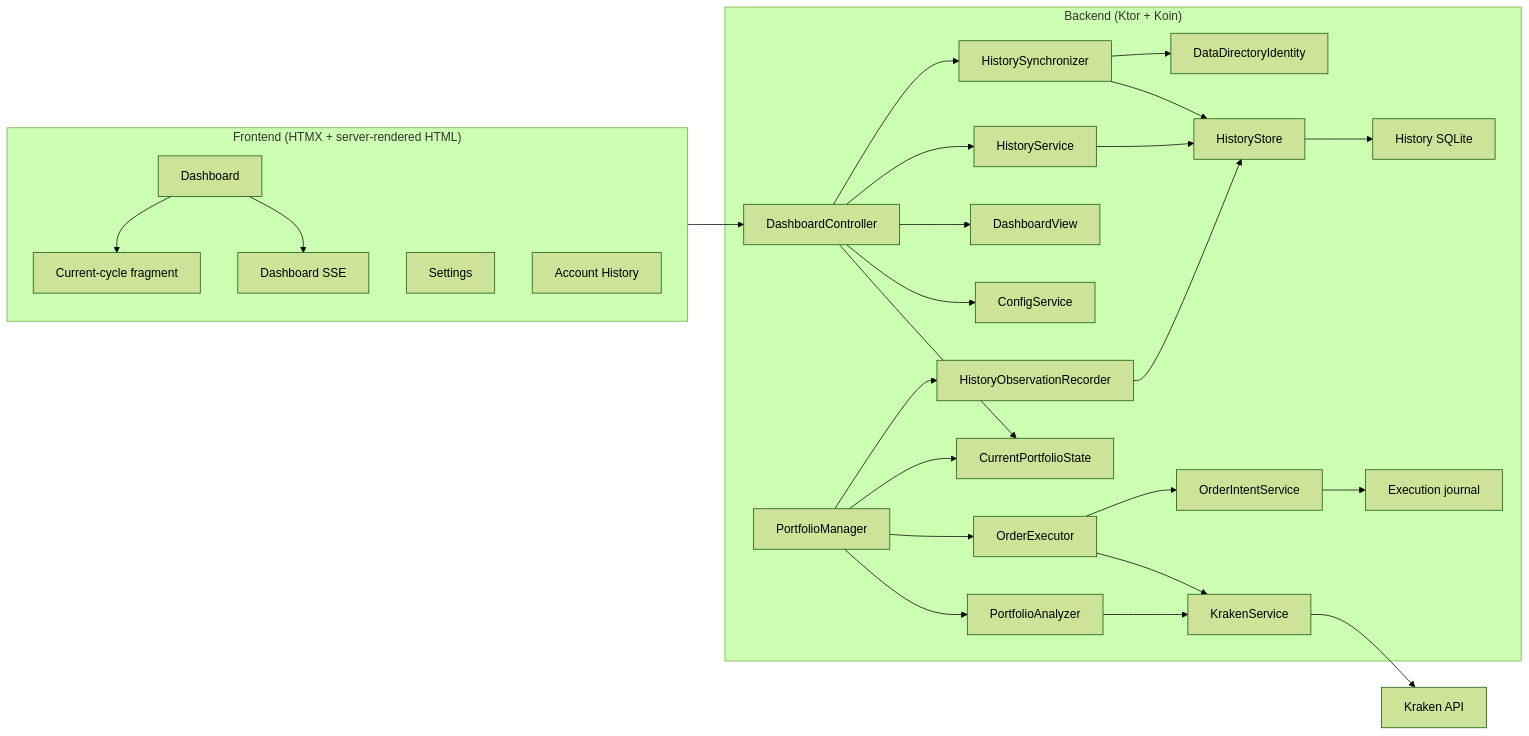
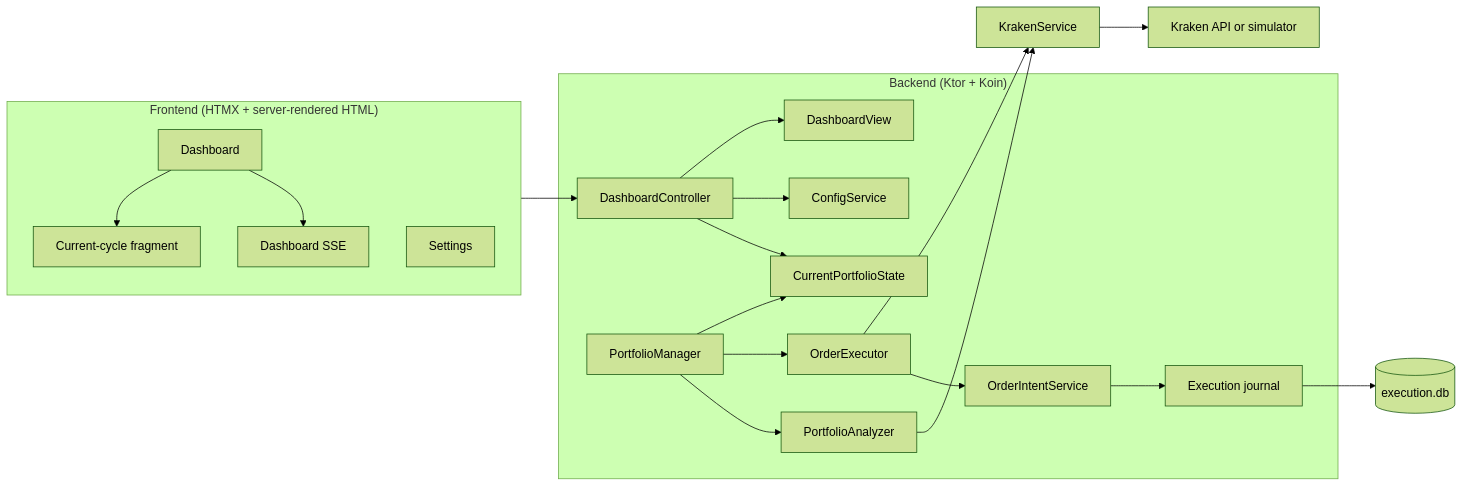
Before and after one commit to HyperVon/new-kraken-rebalancer: the diagram in README.md, drawn with Mermaid (forest theme). The commit also changed other lines of this file and 232 other files, not shown here.

````diff
--- a/README.md
+++ b/README.md
@@ -401,33 +337,25 @@
 ```mermaid
 graph LR
     subgraph Frontend["Frontend (HTMX + server-rendered HTML)"]
         D[Dashboard] --> DF[Current-cycle fragment]
         D --> SSE[Dashboard SSE]
         S[Settings]
-        H[Account History]
     end
 
     subgraph Backend["Backend (Ktor + Koin)"]
         DC[DashboardController] --> CPS[CurrentPortfolioState]
         DC --> CS[ConfigService]
         DC --> DV[DashboardView]
         PM[PortfolioManager] --> PA[PortfolioAnalyzer]
         PM --> OE[OrderExecutor]
         PM --> CPS
-        PM --> HR[HistoryObservationRecorder]
-        DC --> HS[HistoryService]
-        DC --> SY[HistorySynchronizer]
-        HR --> HStore[HistoryStore]
-        SY --> HStore
-        HS --> HStore
-        HStore --> HDB[History SQLite]
-        SY --> EAB[DataDirectoryIdentity]
-        PA --> KS[KrakenService]
-        OE --> KS
         OE --> OI[OrderIntentService]
         OI --> EJ[Execution journal]
     end
 
     Frontend --> DC
-    KS --> KA[Kraken API]
+    PA --> KS[KrakenService]
+    OE --> KS
+    KS --> KA[Kraken API or simulator]
+    EJ --> DB[(execution.db)]
 ```
````
